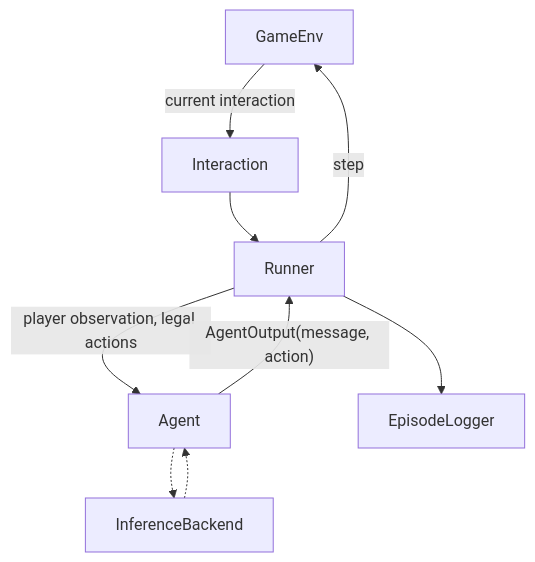
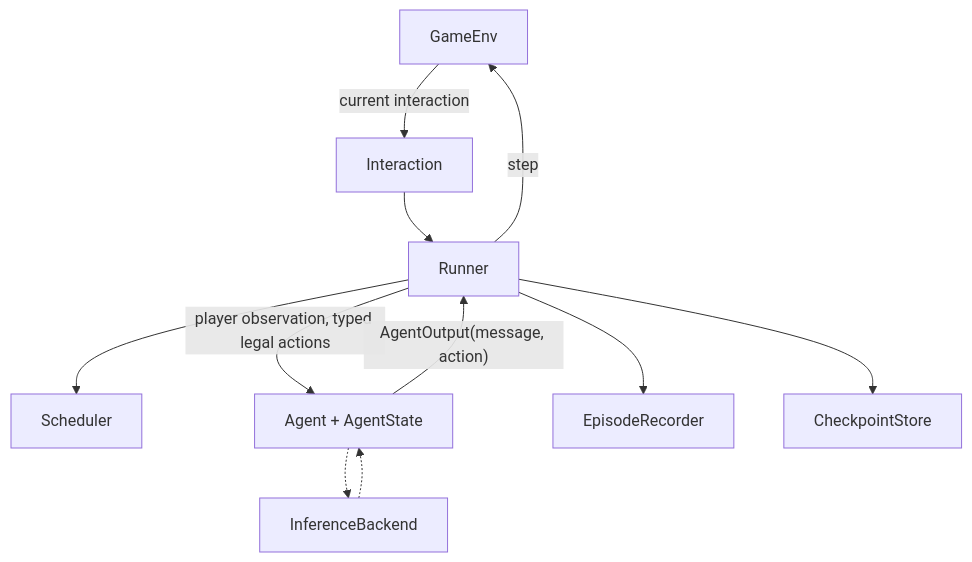
One commit to masatonaut/selfplay-worlds changed the diagram in README.md. Above: the diagram before and after it, drawn with Mermaid. The commit also changed other lines of this file and 42 other files, not shown here.

````diff
--- a/README.md
+++ b/README.md
@@ -22,11 +22,13 @@
 ```mermaid
 flowchart TD
     ENV[GameEnv] -->|current interaction| INT[Interaction]
     INT --> RUN[Runner]
-    RUN -->|player observation, legal actions| AG[Agent]
+    RUN --> SCH[Scheduler]
+    RUN -->|player observation, typed legal actions| AG[Agent + AgentState]
     AG -.-> INF[InferenceBackend]
     INF -.-> AG
     AG -->|"AgentOutput(message, action)"| RUN
     RUN -->|step| ENV
-    RUN --> LOG[EpisodeLogger]
+    RUN --> LOG[EpisodeRecorder]
+    RUN --> CKPT[CheckpointStore]
 ```
````
